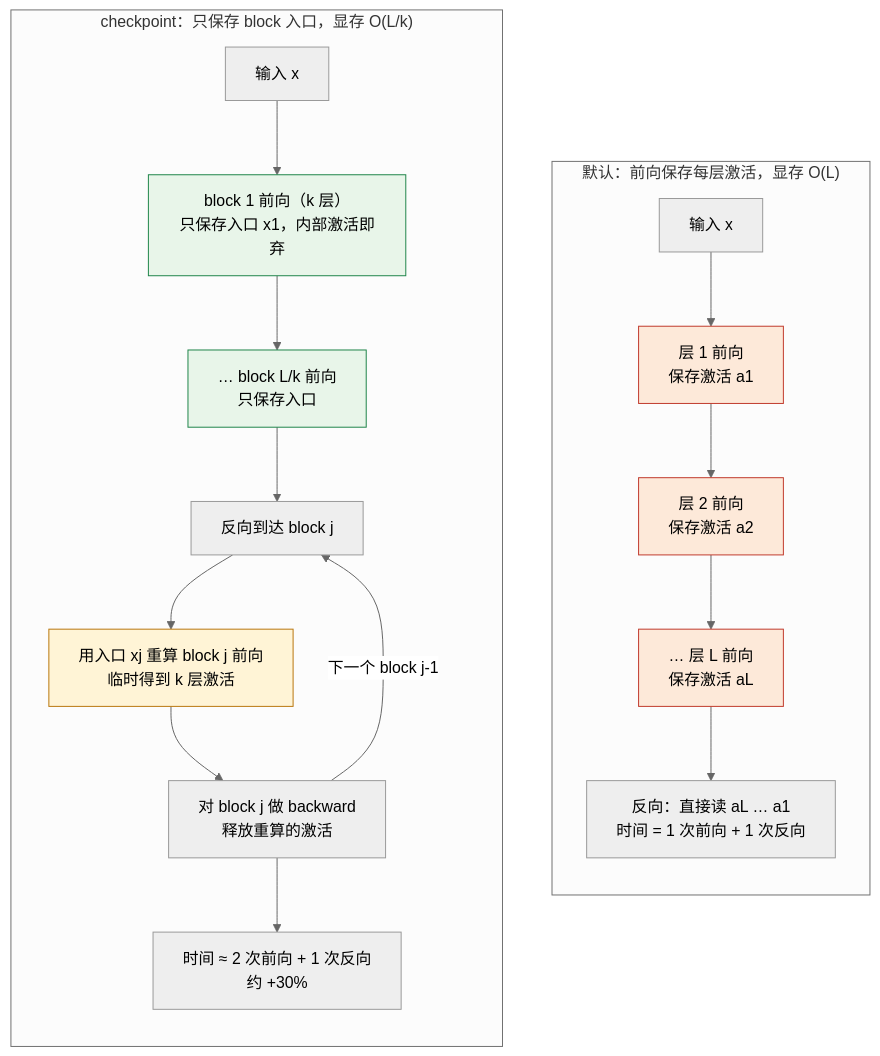
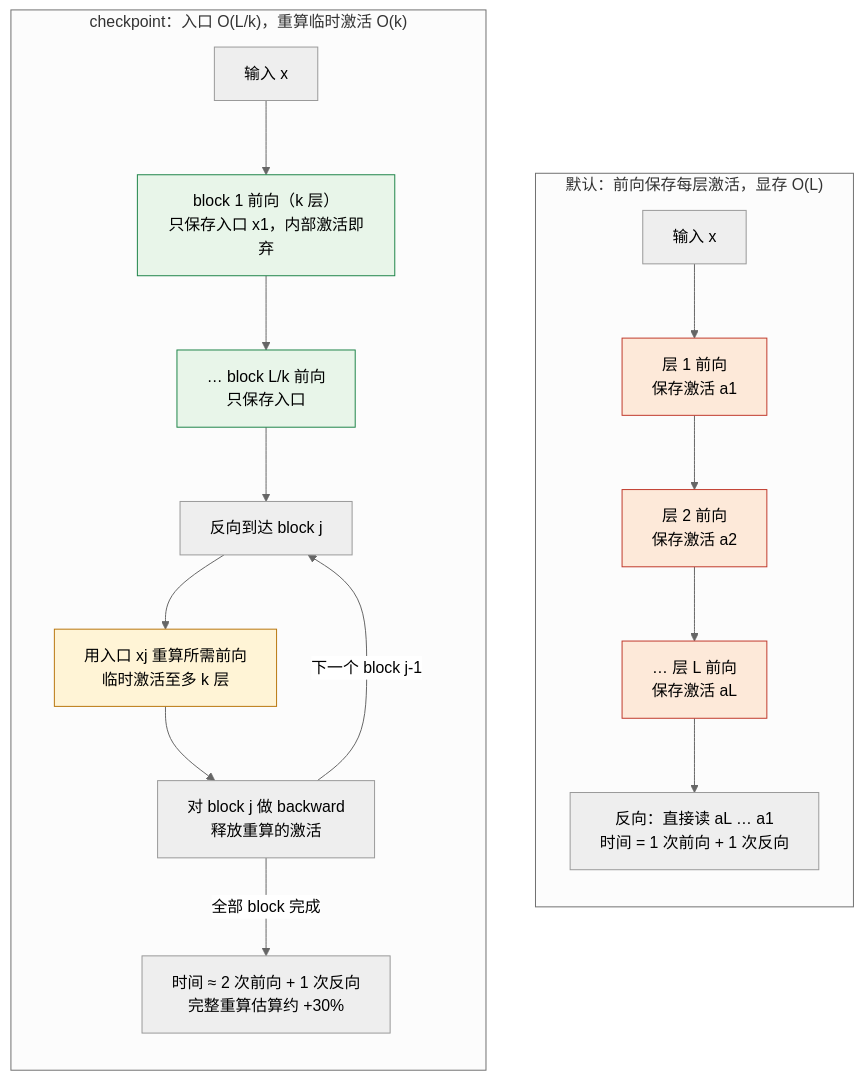
The second of 2 diagrams in _posts/2026-02-24-pytorch-performance-optimization-and-debugging.md (arganzheng/arganzheng.github.com), drawn with Mermaid (neutral theme) before and after one commit. The commit also changed other lines of this file and 11 other files, not shown here.

````diff
--- a/_posts/2026-02-24-pytorch-performance-optimization-and-debugging.md
+++ b/_posts/2026-02-24-pytorch-performance-optimization-and-debugging.md
@@ -1058,27 +994,27 @@
 ```mermaid
-%% 图：Activation Checkpointing 的两种模式：默认保存每层激活 O(L)，checkpoint 只保存 block 入口 O(L/k) 并在反向时重算
+%% 图：Activation Checkpointing 的保存边界与反向重算
 flowchart TB
     subgraph normal["默认：前向保存每层激活，显存 O(L)"]
         direction TB
         n_in["输入 x"] --> n_l1["层 1 前向<br/>保存激活 a1"]
         n_l1 --> n_l2["层 2 前向<br/>保存激活 a2"]
         n_l2 --> n_l3["… 层 L 前向<br/>保存激活 aL"]
         n_l3 --> n_bw["反向：直接读 aL … a1<br/>时间 = 1 次前向 + 1 次反向"]
     end
-    subgraph ckpt["checkpoint：只保存 block 入口，显存 O(L/k)"]
+    subgraph ckpt["checkpoint：入口 O(L/k)，重算临时激活 O(k)"]
         direction TB
         c_in["输入 x"] --> c_b1["block 1 前向（k 层）<br/>只保存入口 x1，内部激活即弃"]
         c_b1 --> c_b2["… block L/k 前向<br/>只保存入口"]
         c_b2 --> c_arrive["反向到达 block j"]
-        c_arrive --> c_re["用入口 xj 重算 block j 前向<br/>临时得到 k 层激活"]
+        c_arrive --> c_re["用入口 xj 重算所需前向<br/>临时激活至多 k 层"]
         c_re --> c_bw["对 block j 做 backward<br/>释放重算的激活"]
         c_bw -->|"下一个 block j-1"| c_arrive
-        c_bw --> c_done["时间 ≈ 2 次前向 + 1 次反向<br/>约 +30%"]
+        c_bw -->|"全部 block 完成"| c_done["时间 ≈ 2 次前向 + 1 次反向<br/>完整重算估算约 +30%"]
     end
     classDef save fill:#fde9d9,stroke:#c0392b;
     classDef light fill:#e8f5e9,stroke:#1e8449;
     classDef recompute fill:#fff4d6,stroke:#b9770e;
     class n_l1,n_l2,n_l3 save;
     class c_b1,c_b2 light;
     class c_re recompute;
 ```
````
